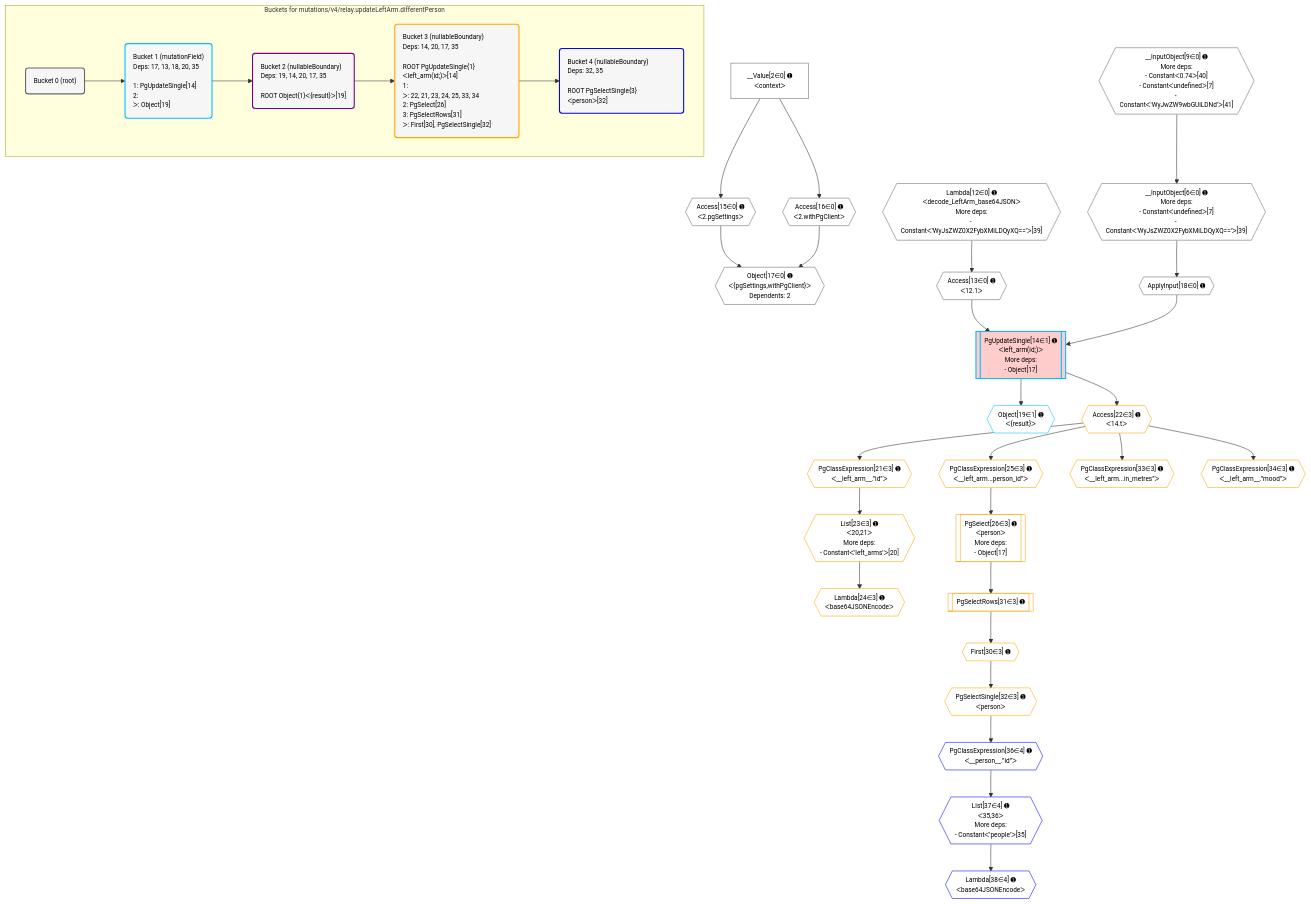
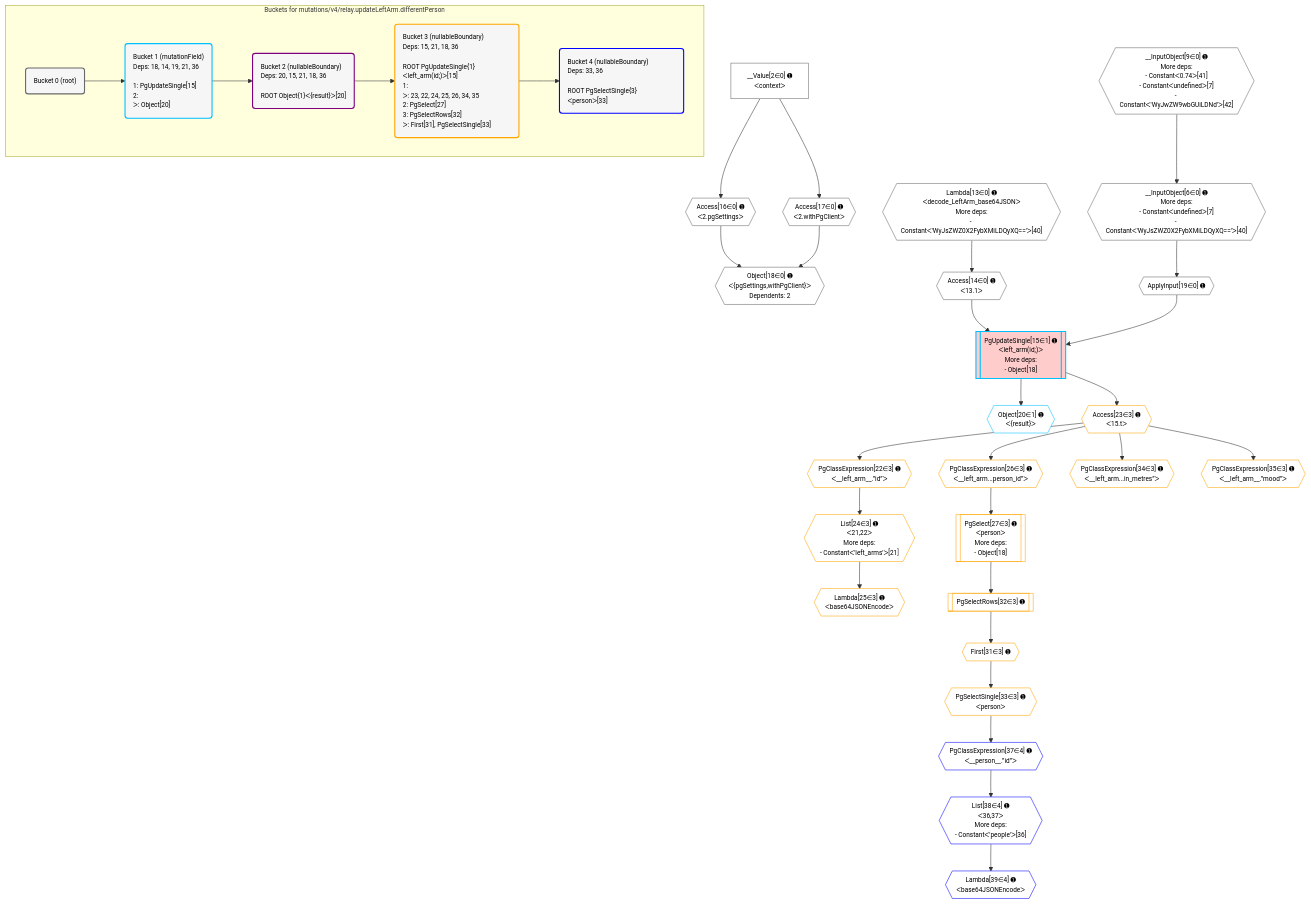
The diagram in postgraphile/postgraphile/__tests__/mutations/v4/relay.updateLeftArm.differentPerson.mermaid (graphile/crystal), drawn with Mermaid before and after one commit. The commit also changed 6 other files, not shown here.

```diff
--- a/postgraphile/postgraphile/__tests__/mutations/v4/relay.updateLeftArm.differentPerson.mermaid
+++ b/postgraphile/postgraphile/__tests__/mutations/v4/relay.updateLeftArm.differentPerson.mermaid
@@ -1,81 +1,81 @@
 %%{init: {'themeVariables': { 'fontSize': '12px'}}}%%
 graph TD
     classDef path fill:#eee,stroke:#000,color:#000
     classDef plan fill:#fff,stroke-width:1px,color:#000
     classDef itemplan fill:#fff,stroke-width:2px,color:#000
     classDef unbatchedplan fill:#dff,stroke-width:1px,color:#000
     classDef sideeffectplan fill:#fcc,stroke-width:2px,color:#000
     classDef bucket fill:#f6f6f6,color:#000,stroke-width:2px,text-align:left
 
     subgraph "Buckets for mutations/v4/relay.updateLeftArm.differentPerson"
     Bucket0("Bucket 0 (root)"):::bucket
-    Bucket1("Bucket 1 (mutationField)<br />Deps: 17, 13, 18, 20, 35<br /><br />1: PgUpdateSingle[14]<br />2: <br />ᐳ: Object[19]"):::bucket
-    Bucket2("Bucket 2 (nullableBoundary)<br />Deps: 19, 14, 20, 17, 35<br /><br />ROOT Object{1}ᐸ{result}ᐳ[19]"):::bucket
-    Bucket3("Bucket 3 (nullableBoundary)<br />Deps: 14, 20, 17, 35<br /><br />ROOT PgUpdateSingle{1}ᐸleft_arm(id;)ᐳ[14]<br />1: <br />ᐳ: 22, 21, 23, 24, 25, 33, 34<br />2: PgSelect[26]<br />3: PgSelectRows[31]<br />ᐳ: First[30], PgSelectSingle[32]"):::bucket
-    Bucket4("Bucket 4 (nullableBoundary)<br />Deps: 32, 35<br /><br />ROOT PgSelectSingle{3}ᐸpersonᐳ[32]"):::bucket
+    Bucket1("Bucket 1 (mutationField)<br />Deps: 18, 14, 19, 21, 36<br /><br />1: PgUpdateSingle[15]<br />2: <br />ᐳ: Object[20]"):::bucket
+    Bucket2("Bucket 2 (nullableBoundary)<br />Deps: 20, 15, 21, 18, 36<br /><br />ROOT Object{1}ᐸ{result}ᐳ[20]"):::bucket
+    Bucket3("Bucket 3 (nullableBoundary)<br />Deps: 15, 21, 18, 36<br /><br />ROOT PgUpdateSingle{1}ᐸleft_arm(id;)ᐳ[15]<br />1: <br />ᐳ: 23, 22, 24, 25, 26, 34, 35<br />2: PgSelect[27]<br />3: PgSelectRows[32]<br />ᐳ: First[31], PgSelectSingle[33]"):::bucket
+    Bucket4("Bucket 4 (nullableBoundary)<br />Deps: 33, 36<br /><br />ROOT PgSelectSingle{3}ᐸpersonᐳ[33]"):::bucket
     end
     Bucket0 --> Bucket1
     Bucket1 --> Bucket2
     Bucket2 --> Bucket3
     Bucket3 --> Bucket4
 
     %% plan dependencies
-    __InputObject6{{"__InputObject[6∈0] ➊<br />More deps:<br />- Constantᐸundefinedᐳ[7]<br />- Constantᐸ'WyJsZWZ0X2FybXMiLDQyXQ=='ᐳ[39]"}}:::plan
-    __InputObject9{{"__InputObject[9∈0] ➊<br />More deps:<br />- Constantᐸ0.74ᐳ[40]<br />- Constantᐸundefinedᐳ[7]<br />- Constantᐸ'WyJwZW9wbGUiLDNd'ᐳ[41]"}}:::plan
+    __InputObject6{{"__InputObject[6∈0] ➊<br />More deps:<br />- Constantᐸundefinedᐳ[7]<br />- Constantᐸ'WyJsZWZ0X2FybXMiLDQyXQ=='ᐳ[40]"}}:::plan
+    __InputObject9{{"__InputObject[9∈0] ➊<br />More deps:<br />- Constantᐸ0.74ᐳ[41]<br />- Constantᐸundefinedᐳ[7]<br />- Constantᐸ'WyJwZW9wbGUiLDNd'ᐳ[42]"}}:::plan
     __InputObject9 --> __InputObject6
-    Object17{{"Object[17∈0] ➊<br />ᐸ{pgSettings,withPgClient}ᐳ<br />Dependents: 2"}}:::plan
-    Access15{{"Access[15∈0] ➊<br />ᐸ2.pgSettingsᐳ"}}:::plan
-    Access16{{"Access[16∈0] ➊<br />ᐸ2.withPgClientᐳ"}}:::plan
-    Access15 & Access16 --> Object17
-    Lambda12{{"Lambda[12∈0] ➊<br />ᐸdecode_LeftArm_base64JSONᐳ<br />More deps:<br />- Constantᐸ'WyJsZWZ0X2FybXMiLDQyXQ=='ᐳ[39]"}}:::plan
-    Access13{{"Access[13∈0] ➊<br />ᐸ12.1ᐳ"}}:::plan
-    Lambda12 --> Access13
+    Object18{{"Object[18∈0] ➊<br />ᐸ{pgSettings,withPgClient}ᐳ<br />Dependents: 2"}}:::plan
+    Access16{{"Access[16∈0] ➊<br />ᐸ2.pgSettingsᐳ"}}:::plan
+    Access17{{"Access[17∈0] ➊<br />ᐸ2.withPgClientᐳ"}}:::plan
+    Access16 & Access17 --> Object18
+    Lambda13{{"Lambda[13∈0] ➊<br />ᐸdecode_LeftArm_base64JSONᐳ<br />More deps:<br />- Constantᐸ'WyJsZWZ0X2FybXMiLDQyXQ=='ᐳ[40]"}}:::plan
+    Access14{{"Access[14∈0] ➊<br />ᐸ13.1ᐳ"}}:::plan
+    Lambda13 --> Access14
     __Value2["__Value[2∈0] ➊<br />ᐸcontextᐳ"]:::plan
-    __Value2 --> Access15
     __Value2 --> Access16
-    ApplyInput18{{"ApplyInput[18∈0] ➊"}}:::plan
-    __InputObject6 --> ApplyInput18
-    PgUpdateSingle14[["PgUpdateSingle[14∈1] ➊<br />ᐸleft_arm(id;)ᐳ<br />More deps:<br />- Object[17]"]]:::sideeffectplan
-    Access13 & ApplyInput18 --> PgUpdateSingle14
-    Object19{{"Object[19∈1] ➊<br />ᐸ{result}ᐳ"}}:::plan
-    PgUpdateSingle14 --> Object19
-    List23{{"List[23∈3] ➊<br />ᐸ20,21ᐳ<br />More deps:<br />- Constantᐸ'left_arms'ᐳ[20]"}}:::plan
-    PgClassExpression21{{"PgClassExpression[21∈3] ➊<br />ᐸ__left_arm__.”id”ᐳ"}}:::plan
-    PgClassExpression21 --> List23
-    PgSelect26[["PgSelect[26∈3] ➊<br />ᐸpersonᐳ<br />More deps:<br />- Object[17]"]]:::plan
-    PgClassExpression25{{"PgClassExpression[25∈3] ➊<br />ᐸ__left_arm...person_id”ᐳ"}}:::plan
-    PgClassExpression25 --> PgSelect26
-    Access22{{"Access[22∈3] ➊<br />ᐸ14.tᐳ"}}:::plan
-    Access22 --> PgClassExpression21
-    PgUpdateSingle14 --> Access22
-    Lambda24{{"Lambda[24∈3] ➊<br />ᐸbase64JSONEncodeᐳ"}}:::plan
-    List23 --> Lambda24
-    Access22 --> PgClassExpression25
-    First30{{"First[30∈3] ➊"}}:::plan
-    PgSelectRows31[["PgSelectRows[31∈3] ➊"]]:::plan
-    PgSelectRows31 --> First30
-    PgSelect26 --> PgSelectRows31
-    PgSelectSingle32{{"PgSelectSingle[32∈3] ➊<br />ᐸpersonᐳ"}}:::plan
-    First30 --> PgSelectSingle32
-    PgClassExpression33{{"PgClassExpression[33∈3] ➊<br />ᐸ__left_arm...in_metres”ᐳ"}}:::plan
-    Access22 --> PgClassExpression33
-    PgClassExpression34{{"PgClassExpression[34∈3] ➊<br />ᐸ__left_arm__.”mood”ᐳ"}}:::plan
-    Access22 --> PgClassExpression34
-    List37{{"List[37∈4] ➊<br />ᐸ35,36ᐳ<br />More deps:<br />- Constantᐸ'people'ᐳ[35]"}}:::plan
-    PgClassExpression36{{"PgClassExpression[36∈4] ➊<br />ᐸ__person__.”id”ᐳ"}}:::plan
-    PgClassExpression36 --> List37
-    PgSelectSingle32 --> PgClassExpression36
-    Lambda38{{"Lambda[38∈4] ➊<br />ᐸbase64JSONEncodeᐳ"}}:::plan
-    List37 --> Lambda38
+    __Value2 --> Access17
+    ApplyInput19{{"ApplyInput[19∈0] ➊"}}:::plan
+    __InputObject6 --> ApplyInput19
+    PgUpdateSingle15[["PgUpdateSingle[15∈1] ➊<br />ᐸleft_arm(id;)ᐳ<br />More deps:<br />- Object[18]"]]:::sideeffectplan
+    Access14 & ApplyInput19 --> PgUpdateSingle15
+    Object20{{"Object[20∈1] ➊<br />ᐸ{result}ᐳ"}}:::plan
+    PgUpdateSingle15 --> Object20
+    List24{{"List[24∈3] ➊<br />ᐸ21,22ᐳ<br />More deps:<br />- Constantᐸ'left_arms'ᐳ[21]"}}:::plan
+    PgClassExpression22{{"PgClassExpression[22∈3] ➊<br />ᐸ__left_arm__.”id”ᐳ"}}:::plan
+    PgClassExpression22 --> List24
+    PgSelect27[["PgSelect[27∈3] ➊<br />ᐸpersonᐳ<br />More deps:<br />- Object[18]"]]:::plan
+    PgClassExpression26{{"PgClassExpression[26∈3] ➊<br />ᐸ__left_arm...person_id”ᐳ"}}:::plan
+    PgClassExpression26 --> PgSelect27
+    Access23{{"Access[23∈3] ➊<br />ᐸ15.tᐳ"}}:::plan
+    Access23 --> PgClassExpression22
+    PgUpdateSingle15 --> Access23
+    Lambda25{{"Lambda[25∈3] ➊<br />ᐸbase64JSONEncodeᐳ"}}:::plan
+    List24 --> Lambda25
+    Access23 --> PgClassExpression26
+    First31{{"First[31∈3] ➊"}}:::plan
+    PgSelectRows32[["PgSelectRows[32∈3] ➊"]]:::plan
+    PgSelectRows32 --> First31
+    PgSelect27 --> PgSelectRows32
+    PgSelectSingle33{{"PgSelectSingle[33∈3] ➊<br />ᐸpersonᐳ"}}:::plan
+    First31 --> PgSelectSingle33
+    PgClassExpression34{{"PgClassExpression[34∈3] ➊<br />ᐸ__left_arm...in_metres”ᐳ"}}:::plan
+    Access23 --> PgClassExpression34
+    PgClassExpression35{{"PgClassExpression[35∈3] ➊<br />ᐸ__left_arm__.”mood”ᐳ"}}:::plan
+    Access23 --> PgClassExpression35
+    List38{{"List[38∈4] ➊<br />ᐸ36,37ᐳ<br />More deps:<br />- Constantᐸ'people'ᐳ[36]"}}:::plan
+    PgClassExpression37{{"PgClassExpression[37∈4] ➊<br />ᐸ__person__.”id”ᐳ"}}:::plan
+    PgClassExpression37 --> List38
+    PgSelectSingle33 --> PgClassExpression37
+    Lambda39{{"Lambda[39∈4] ➊<br />ᐸbase64JSONEncodeᐳ"}}:::plan
+    List38 --> Lambda39
 
     %% define steps
     classDef bucket0 stroke:#696969
-    class Bucket0,__Value2,__InputObject6,__InputObject9,Lambda12,Access13,Access15,Access16,Object17,ApplyInput18 bucket0
+    class Bucket0,__Value2,__InputObject6,__InputObject9,Lambda13,Access14,Access16,Access17,Object18,ApplyInput19 bucket0
     classDef bucket1 stroke:#00bfff
-    class Bucket1,PgUpdateSingle14,Object19 bucket1
+    class Bucket1,PgUpdateSingle15,Object20 bucket1
     classDef bucket2 stroke:#7f007f
     class Bucket2 bucket2
     classDef bucket3 stroke:#ffa500
-    class Bucket3,PgClassExpression21,Access22,List23,Lambda24,PgClassExpression25,PgSelect26,First30,PgSelectRows31,PgSelectSingle32,PgClassExpression33,PgClassExpression34 bucket3
+    class Bucket3,PgClassExpression22,Access23,List24,Lambda25,PgClassExpression26,PgSelect27,First31,PgSelectRows32,PgSelectSingle33,PgClassExpression34,PgClassExpression35 bucket3
     classDef bucket4 stroke:#0000ff
-    class Bucket4,PgClassExpression36,List37,Lambda38 bucket4
+    class Bucket4,PgClassExpression37,List38,Lambda39 bucket4
```
